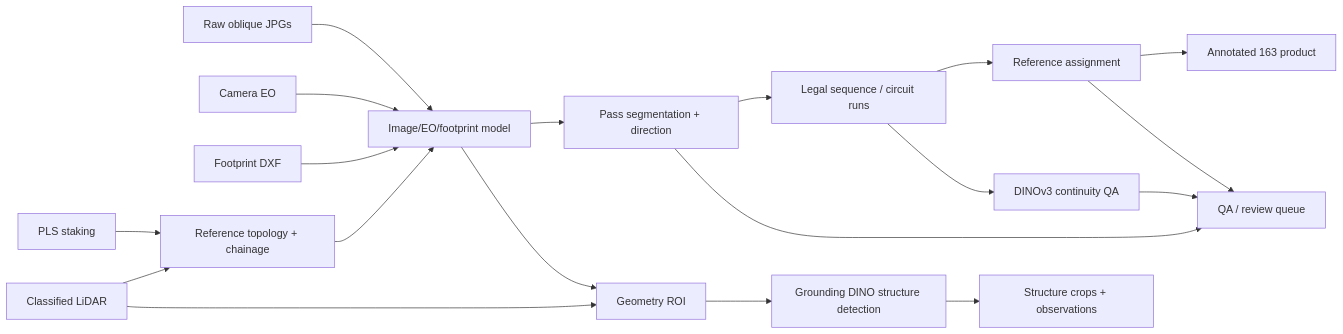
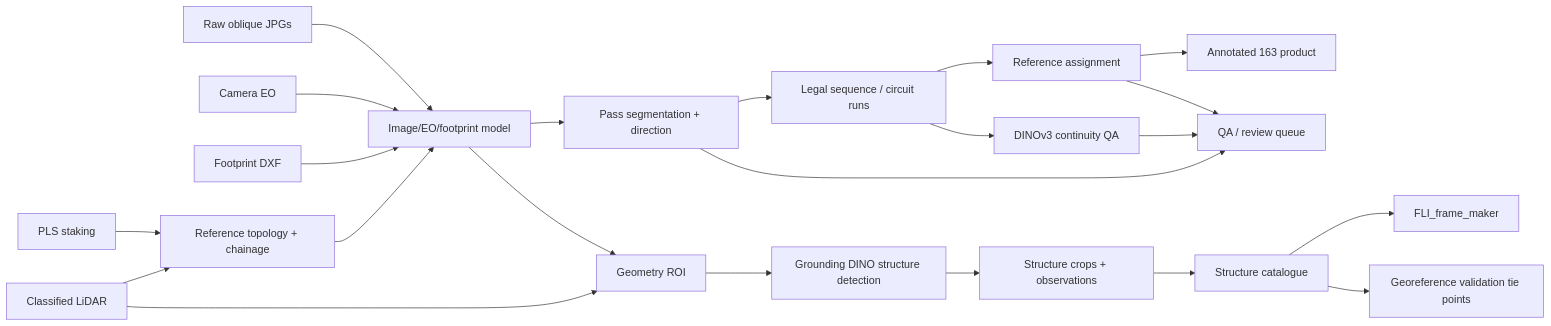
One commit to sevcieslik/continuous-oblique-imagery-poc changed the diagram in docs/ARCHITECTURE.md. Above: the diagram before and after it, drawn with Mermaid. The commit also changed other lines of this file and 26 other files, not shown here.

````diff
--- a/docs/ARCHITECTURE.md
+++ b/docs/ARCHITECTURE.md
@@ -91,21 +120,24 @@
 ```mermaid
 flowchart LR
     A[Raw oblique JPGs] --> M[Image/EO/footprint model]
     B[Camera EO] --> M
     C[Footprint DXF] --> M
     D[PLS staking] --> R[Reference topology + chainage]
     E[Classified LiDAR] --> R
     R --> M
     M --> P[Pass segmentation + direction]
     P --> S[Legal sequence / circuit runs]
     S --> L[Reference assignment]
     S --> Q[DINOv3 continuity QA]
     L --> O[Annotated 163 product]
     M --> T[Geometry ROI]
     E --> T
     T --> G[Grounding DINO structure detection]
     G --> CROP[Structure crops + observations]
+    CROP --> CAT[Structure catalogue]
+    CAT --> FLI[FLI_frame_maker]
+    CAT --> GV[Georeference validation tie points]
     Q --> QA[QA / review queue]
     L --> QA
     P --> QA
 ```
````
